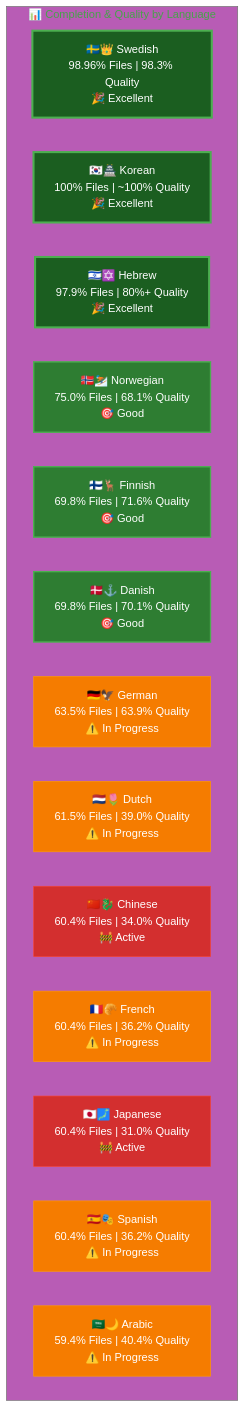
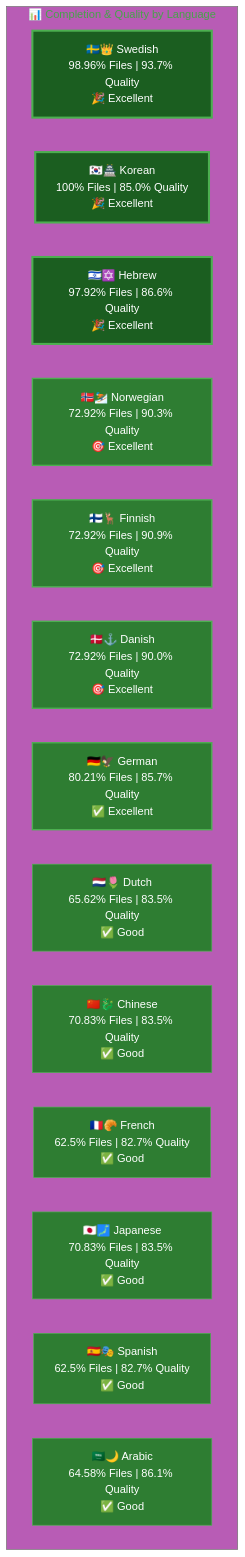
Before and after one commit to Hack23/homepage: the second of 2 diagrams in TRANSLATION_DOCUMENTATION_README.md, drawn with Mermaid. The commit also changed other lines of this file, not shown here.

````diff
--- a/TRANSLATION_DOCUMENTATION_README.md
+++ b/TRANSLATION_DOCUMENTATION_README.md
@@ -228,35 +228,35 @@
 ```mermaid
 %%{init: {'theme':'base', 'themeVariables': { 'primaryColor':'#4CAF50','fontSize':'16px'}}}%%
 graph TB
     subgraph "📊 Completion & Quality by Language"
-        SV["🇸🇪👑 Swedish<br/>98.96% Files | 98.3% Quality<br/>🎉 Excellent"]
-        KO["🇰🇷🏯 Korean<br/>100% Files | ~100% Quality<br/>🎉 Excellent"]
-        HE["🇮🇱✡️ Hebrew<br/>97.9% Files | 80%+ Quality<br/>🎉 Excellent"]
+        SV["🇸🇪👑 Swedish<br/>98.96% Files | 93.7% Quality<br/>🎉 Excellent"]
+        KO["🇰🇷🏯 Korean<br/>100% Files | 85.0% Quality<br/>🎉 Excellent"]
+        HE["🇮🇱✡️ Hebrew<br/>97.92% Files | 86.6% Quality<br/>🎉 Excellent"]
         
-        NO["🇳🇴⛷️ Norwegian<br/>75.0% Files | 68.1% Quality<br/>🎯 Good"]
-        FI["🇫🇮🦌 Finnish<br/>69.8% Files | 71.6% Quality<br/>🎯 Good"]
-        DA["🇩🇰⚓ Danish<br/>69.8% Files | 70.1% Quality<br/>🎯 Good"]
-        DE["🇩🇪🦅 German<br/>63.5% Files | 63.9% Quality<br/>⚠️  In Progress"]
+        NO["🇳🇴⛷️ Norwegian<br/>72.92% Files | 90.3% Quality<br/>🎯 Excellent"]
+        FI["🇫🇮🦌 Finnish<br/>72.92% Files | 90.9% Quality<br/>🎯 Excellent"]
+        DA["🇩🇰⚓ Danish<br/>72.92% Files | 90.0% Quality<br/>🎯 Excellent"]
+        DE["🇩🇪🦅 German<br/>80.21% Files | 85.7% Quality<br/>✅ Excellent"]
         
-        NL["🇳🇱🌷 Dutch<br/>61.5% Files | 39.0% Quality<br/>⚠️  In Progress"]
-        ZH["🇨🇳🐉 Chinese<br/>60.4% Files | 34.0% Quality<br/>🚧 Active"]
-        FR["🇫🇷🥐 French<br/>60.4% Files | 36.2% Quality<br/>⚠️  In Progress"]
-        JA["🇯🇵🗾 Japanese<br/>60.4% Files | 31.0% Quality<br/>🚧 Active"]
-        ES["🇪🇸🎭 Spanish<br/>60.4% Files | 36.2% Quality<br/>⚠️  In Progress"]
-        AR["🇸🇦🌙 Arabic<br/>59.4% Files | 40.4% Quality<br/>⚠️  In Progress"]
+        NL["🇳🇱🌷 Dutch<br/>65.62% Files | 83.5% Quality<br/>✅ Good"]
+        ZH["🇨🇳🐉 Chinese<br/>70.83% Files | 83.5% Quality<br/>✅ Good"]
+        FR["🇫🇷🥐 French<br/>62.5% Files | 82.7% Quality<br/>✅ Good"]
+        JA["🇯🇵🗾 Japanese<br/>70.83% Files | 83.5% Quality<br/>✅ Good"]
+        ES["🇪🇸🎭 Spanish<br/>62.5% Files | 82.7% Quality<br/>✅ Good"]
+        AR["🇸🇦🌙 Arabic<br/>64.58% Files | 86.1% Quality<br/>✅ Good"]
         
         style SV fill:#1B5E20,stroke:#4CAF50,color:#fff,stroke-width:3px
         style KO fill:#1B5E20,stroke:#4CAF50,color:#fff,stroke-width:3px
         style HE fill:#1B5E20,stroke:#4CAF50,color:#fff,stroke-width:3px
         style NO fill:#2E7D32,stroke:#4CAF50,color:#fff,stroke-width:2px
         style FI fill:#2E7D32,stroke:#4CAF50,color:#fff,stroke-width:2px
         style DA fill:#2E7D32,stroke:#4CAF50,color:#fff,stroke-width:2px
-        style DE fill:#F57C00,stroke:#FF9800,color:#fff
-        style NL fill:#F57C00,stroke:#FF9800,color:#fff
-        style AR fill:#F57C00,stroke:#FF9800,color:#fff
-        style FR fill:#F57C00,stroke:#FF9800,color:#fff
-        style ES fill:#F57C00,stroke:#FF9800,color:#fff
-        style ZH fill:#D32F2F,stroke:#F44336,color:#fff
-        style JA fill:#D32F2F,stroke:#F44336,color:#fff
+        style DE fill:#2E7D32,stroke:#4CAF50,color:#fff,stroke-width:2px
+        style NL fill:#2E7D32,stroke:#4CAF50,color:#fff
+        style AR fill:#2E7D32,stroke:#4CAF50,color:#fff
+        style FR fill:#2E7D32,stroke:#4CAF50,color:#fff
+        style ES fill:#2E7D32,stroke:#4CAF50,color:#fff
+        style ZH fill:#2E7D32,stroke:#4CAF50,color:#fff
+        style JA fill:#2E7D32,stroke:#4CAF50,color:#fff
     end
 ```
````
